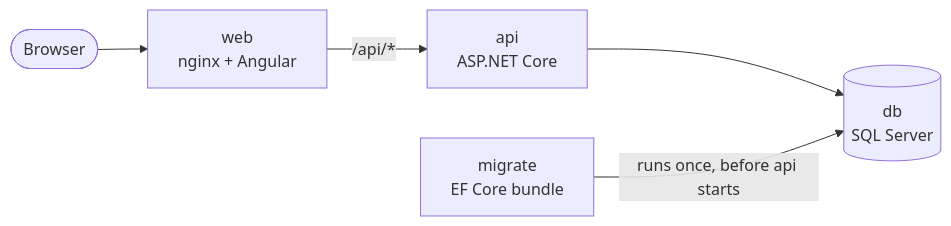
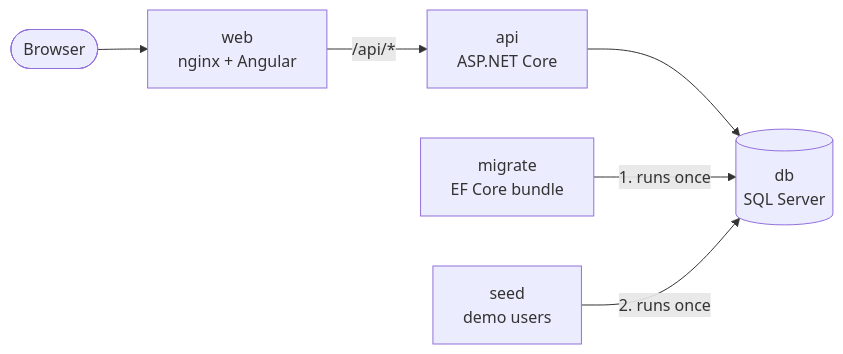
One commit to jaiminbhut/doorlist changed the diagram in README.md. Above: the diagram before and after it, drawn with Mermaid. The commit also changed other lines of this file and 1 other file, not shown here.

Commit message:
docs: describe milestone 2 features, roles and local demo accounts

````diff
--- a/README.md
+++ b/README.md
@@ -22,7 +30,8 @@
 ```mermaid
 flowchart LR
     browser([Browser]) --> web["web<br/>nginx + Angular"]
     web -- "/api/*" --> api["api<br/>ASP.NET Core"]
     api --> db[("db<br/>SQL Server")]
-    migrate["migrate<br/>EF Core bundle"] -- "runs once, before api starts" --> db
+    migrate["migrate<br/>EF Core bundle"] -- "1. runs once" --> db
+    seed["seed<br/>demo users"] -- "2. runs once" --> db
 ```
````
